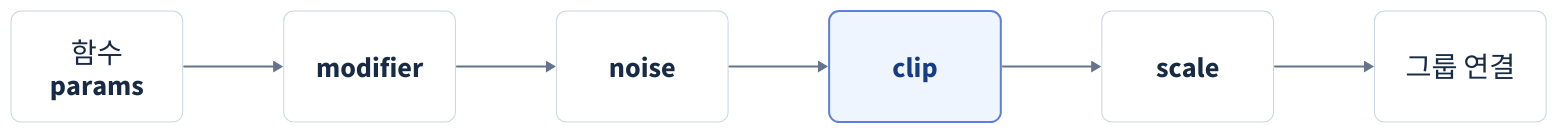
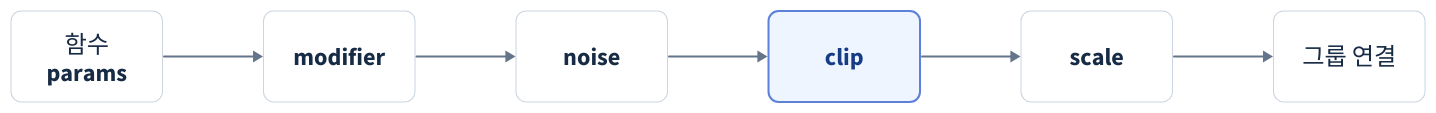
Before and after one commit to fortex66/physical-ai-training: the diagram in learning-notes/reinforcement-learning/diagrams/09-observation-processing.d2, drawn with D2. The commit also changed 42 other files, not shown here.

Commit message:
docs: add lesson 22 action-space review and compact D2 diagrams

```diff
--- a/learning-notes/reinforcement-learning/diagrams/09-observation-processing.d2
+++ b/learning-notes/reinforcement-learning/diagrams/09-observation-processing.d2
@@ -1,25 +1,25 @@
 direction: down
 classes: {
   box: {
-    width: 170
-    height: 110
-    style: {font-size: 28; font-color: "#172B45"; fill: "#FFFFFF"; stroke: "#CBD5E1"; stroke-width: 1; border-radius: 10}
+    width: 150
+    height: 90
+    style: {font-size: 24; font-color: "#172B45"; fill: "#FFFFFF"; stroke: "#CBD5E1"; stroke-width: 1; border-radius: 10}
   }
   focus: {
-    width: 170
-    height: 110
-    style: {font-size: 28; font-color: "#173C86"; fill: "#EFF5FF"; stroke: "#5D81D9"; stroke-width: 2; border-radius: 10}
+    width: 150
+    height: 90
+    style: {font-size: 24; font-color: "#173C86"; fill: "#EFF5FF"; stroke: "#5D81D9"; stroke-width: 2; border-radius: 10}
   }
 }
 *.class: box
-*.style.font-size: 28
+*.style.font-size: 24
 (* -> *)[*].style.stroke: "#64748B"
 (* -> *)[*].style.stroke-width: 2
 direction: right
 func: "함수\nparams"
 mod: modifier
 noise: noise
 clip: clip {class: focus}
 scale: scale
 concat: 그룹 연결
 func -> mod -> noise -> clip -> scale -> concat
```
